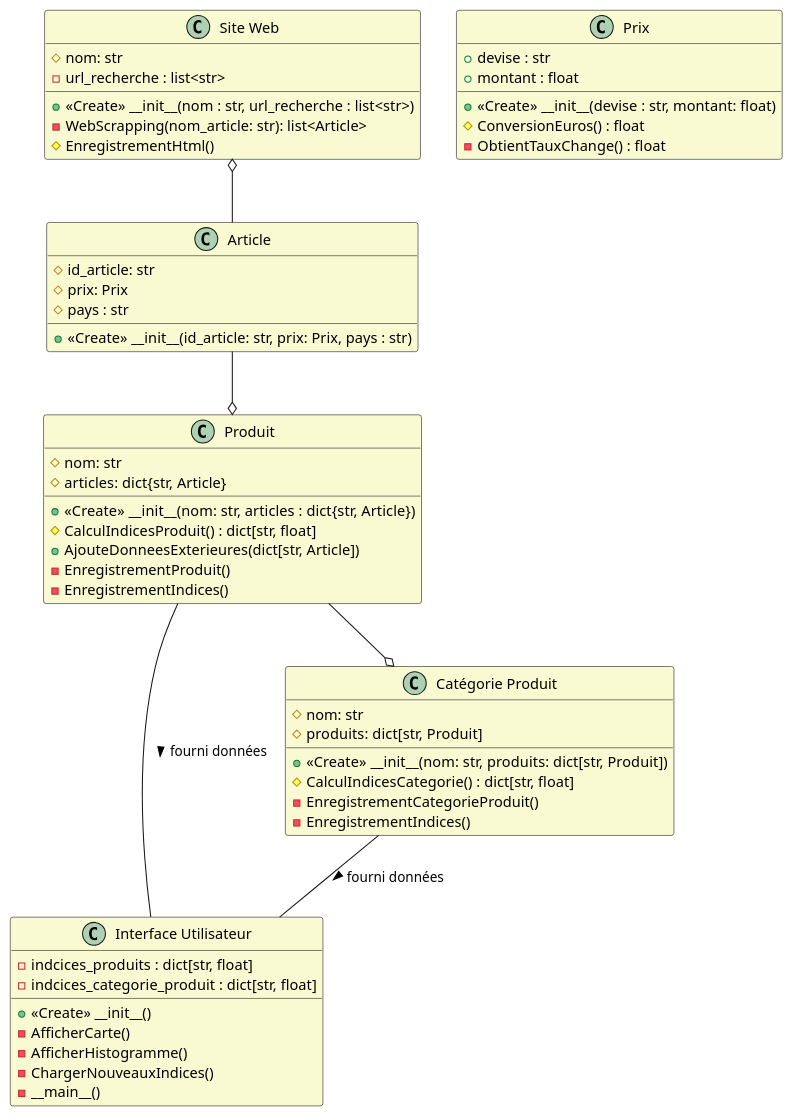
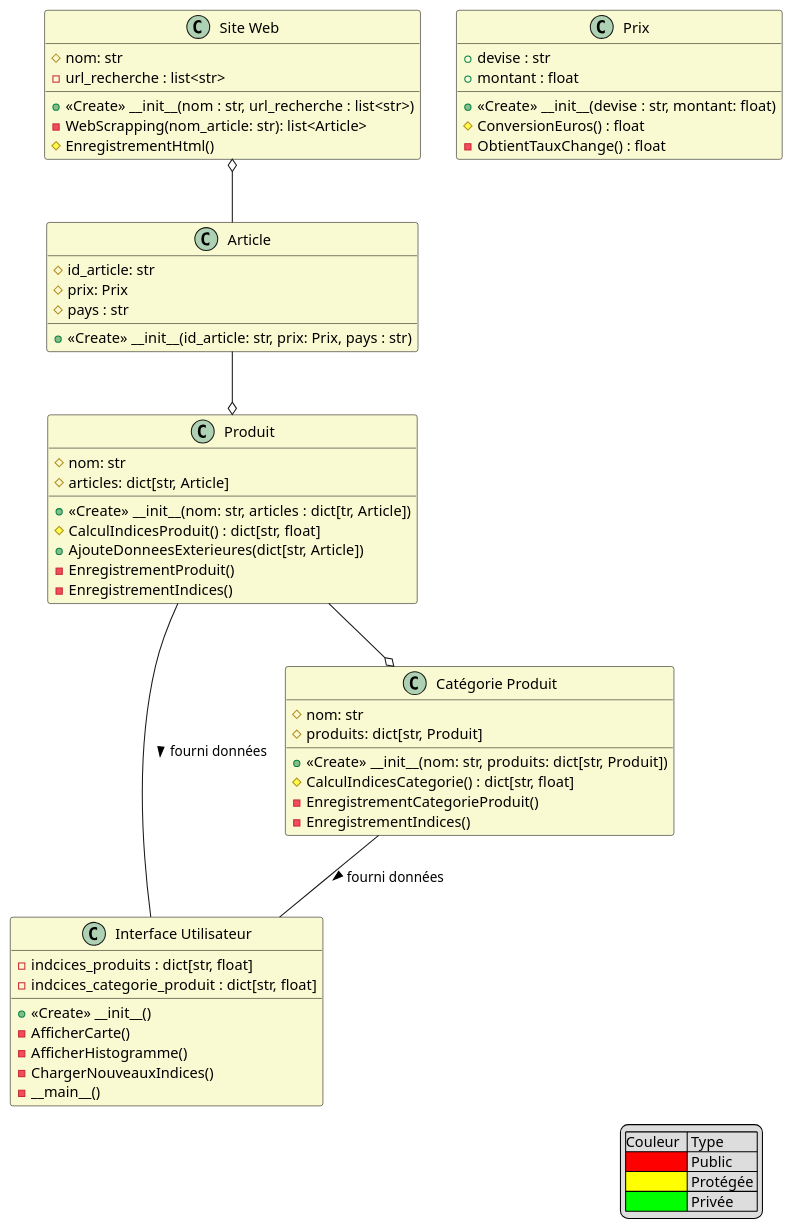
One commit to Sjats/ProjetTraitementdeDonnees2024 changed the diagram in diagrammes/uml.Pu. Above: the diagram before and after it, drawn with PlantUML.

```diff
--- a/diagrammes/uml.Pu
+++ b/diagrammes/uml.Pu
@@ -1,69 +1,76 @@
 @startuml
+legend right
+    |Couleur  | Type     |
+    |<#FF0000>| Public   |
+    |<#FFFF00>| Protégée |
+    |<#00FF00>| Privée   |
+endlegend
+
 skinparam class {
     BackgroundColor LightGoldenRodYellow
     BorderColor black
 }
 
 class "Site Web" {
     # nom: str
     - url_recherche : list<str>
     + <<Create>> __init__(nom : str, url_recherche : list<str>)
     - WebScrapping(nom_article: str): list<Article>
     # EnregistrementHtml()
     
     
 }
 
 class "Interface Utilisateur" {
     - indcices_produits : dict[str, float]
     - indcices_categorie_produit : dict[str, float]
     + <<Create>> __init__()
     - AfficherCarte()
     - AfficherHistogramme()
     - ChargerNouveauxIndices()
     - __main__()
 }
 
 class Article {
     # id_article: str
     # prix: Prix
     # pays : str
     + <<Create>> __init__(id_article: str, prix: Prix, pays : str)
 }
 
 class Produit {
     # nom: str
-    # articles: dict{str, Article}
-    + <<Create>> __init__(nom: str, articles : dict{str, Article})
+    # articles: dict[str, Article]
+    + <<Create>> __init__(nom: str, articles : dict[tr, Article])
     # CalculIndicesProduit() : dict[str, float]
     + AjouteDonneesExterieures(dict[str, Article]) 
     - EnregistrementProduit()
     - EnregistrementIndices()
 }
 
 class "Catégorie Produit" {
     # nom: str
     # produits: dict[str, Produit]
     + <<Create>> __init__(nom: str, produits: dict[str, Produit])
     # CalculIndicesCategorie() : dict[str, float]
     - EnregistrementCategorieProduit()
     - EnregistrementIndices()
 }
 
 class Prix {
     + devise : str
     + montant : float
     + <<Create>> __init__(devise : str, montant: float)
     # ConversionEuros() : float
     - ObtientTauxChange() : float
 
 }
 
 
 "Site Web" o-- Article
 Article --o Produit
 Produit --o "Catégorie Produit"
 
 "Catégorie Produit" -- "Interface Utilisateur" : fourni données >
 Produit -- "Interface Utilisateur" : fourni données >
 @enduml
```
